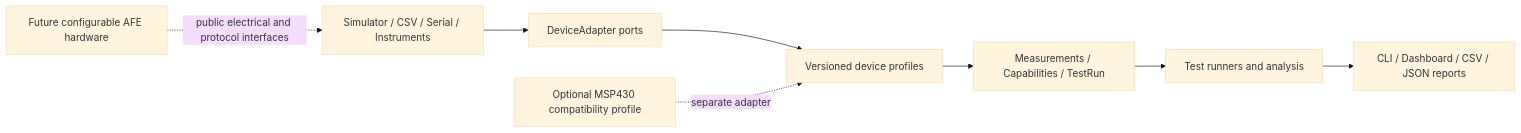
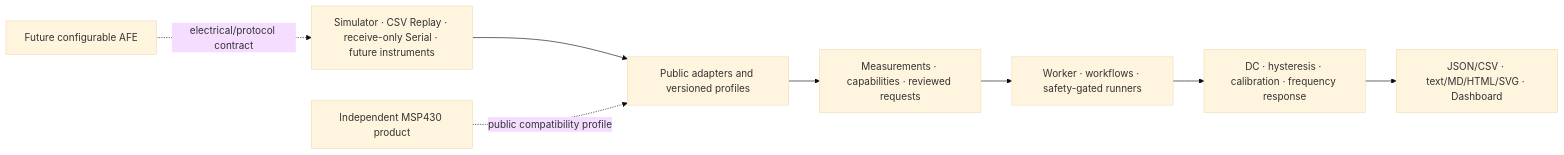
Before and after one commit to Carlos-0798/mixed-signal-afe-validation-platform: the diagram in README.md, drawn with Mermaid (base theme). The commit also changed other lines of this file and 22 other files, not shown here.

````diff
--- a/README.md
+++ b/README.md
@@ -150,11 +131,13 @@
-```mermaid
+~~~mermaid
 flowchart LR
-    Sources[Simulator / CSV / Serial / Instruments] --> Adapters[DeviceAdapter ports]
-    Adapters --> Profiles[Versioned device profiles]
-    Profiles --> Core[Measurements / Capabilities / TestRun]
-    Core --> Runners[Test runners and analysis]
-    Runners --> Products[CLI / Dashboard / CSV / JSON reports]
+    Sources["Simulator · CSV Replay · receive-only Serial · future instruments"]
+    Adapters["Public adapters and versioned profiles"]
+    Core["Measurements · capabilities · reviewed requests"]
+    Execution["Worker · workflows · safety-gated runners"]
+    Analysis["DC · hysteresis · calibration · frequency response"]
+    Evidence["JSON/CSV · text/MD/HTML/SVG · Dashboard"]
 
-    AFE[Future configurable AFE hardware] -. public electrical and protocol interfaces .-> Sources
-    MSP[Optional MSP430 compatibility profile] -. separate adapter .-> Profiles
-```
+    Sources --> Adapters --> Core --> Execution --> Analysis --> Evidence
+    AFE["Future configurable AFE"] -. electrical/protocol contract .-> Sources
+    MSP["Independent MSP430 product"] -. public compatibility profile .-> Adapters
+~~~
````
